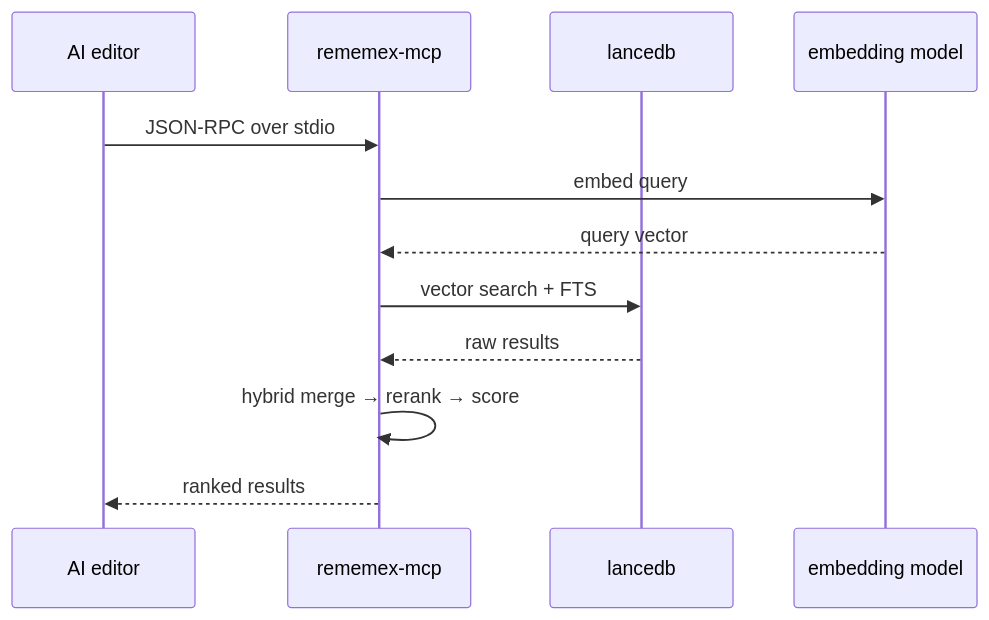
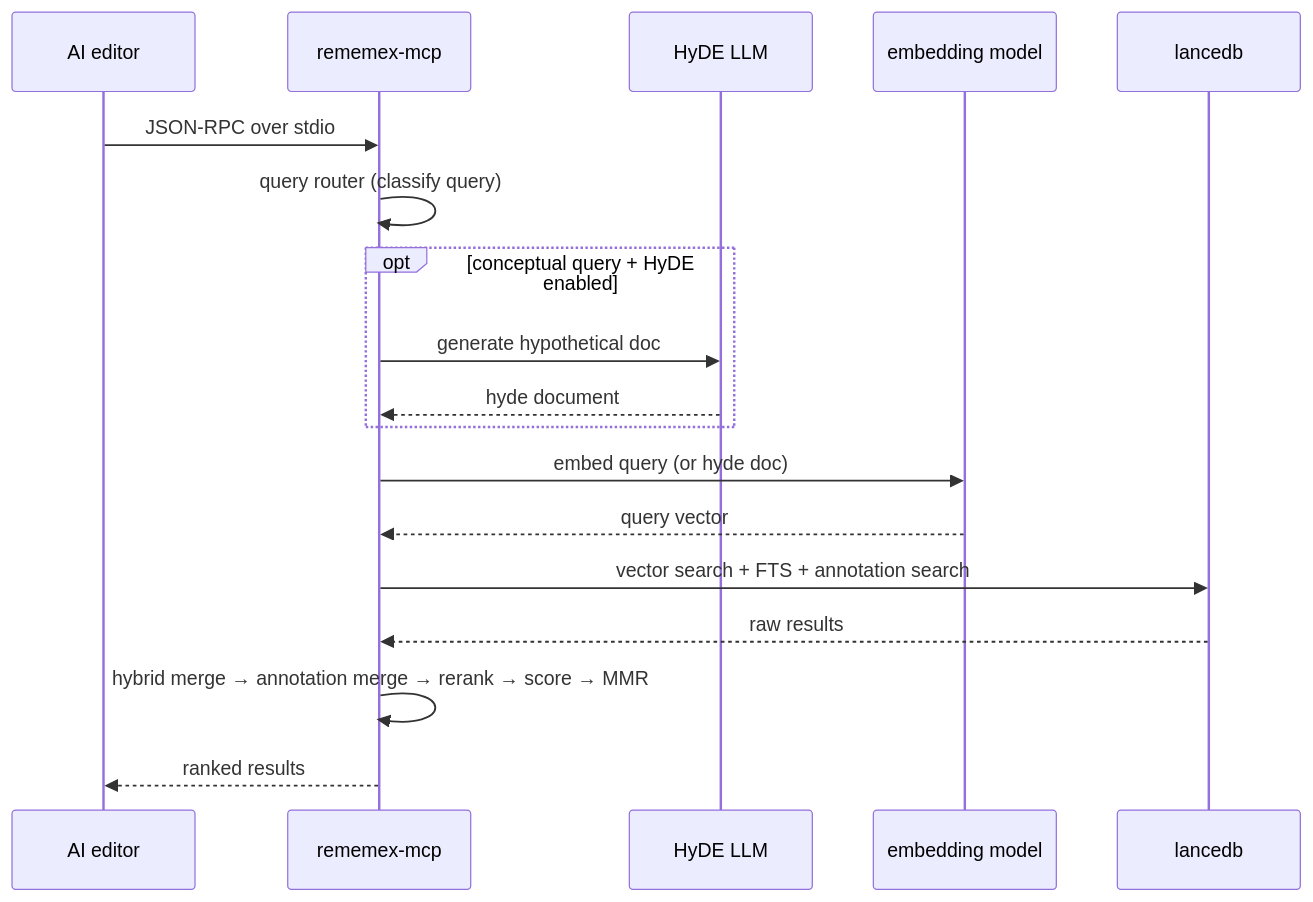
The diagram in MCP.md (illegal-instruction-co/rememex), drawn with Mermaid before and after one commit. The commit also changed 6 other files, not shown here.

````diff
--- a/MCP.md
+++ b/MCP.md
@@ -250,15 +250,21 @@
 ```mermaid
 sequenceDiagram
     participant Editor as AI editor
     participant MCP as rememex-mcp
+    participant LLM as HyDE LLM
+    participant Model as embedding model
     participant DB as lancedb
-    participant Model as embedding model
 
     Editor->>MCP: JSON-RPC over stdio
-    MCP->>Model: embed query
+    MCP->>MCP: query router (classify query)
+    opt conceptual query + HyDE enabled
+        MCP->>LLM: generate hypothetical doc
+        LLM-->>MCP: hyde document
+    end
+    MCP->>Model: embed query (or hyde doc)
     Model-->>MCP: query vector
-    MCP->>DB: vector search + FTS
+    MCP->>DB: vector search + FTS + annotation search
     DB-->>MCP: raw results
-    MCP->>MCP: hybrid merge → rerank → score
+    MCP->>MCP: hybrid merge → annotation merge → rerank → score → MMR
     MCP-->>Editor: ranked results
 ```
````
